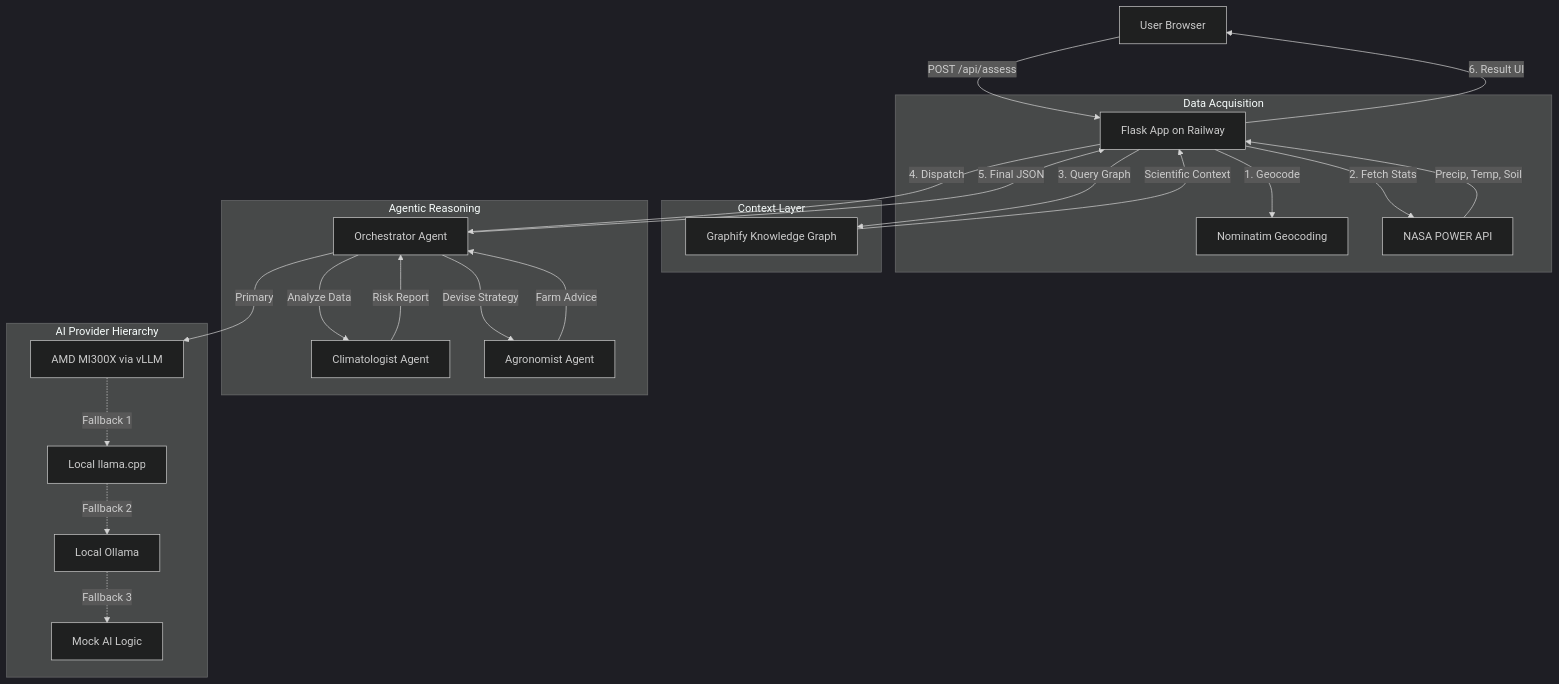
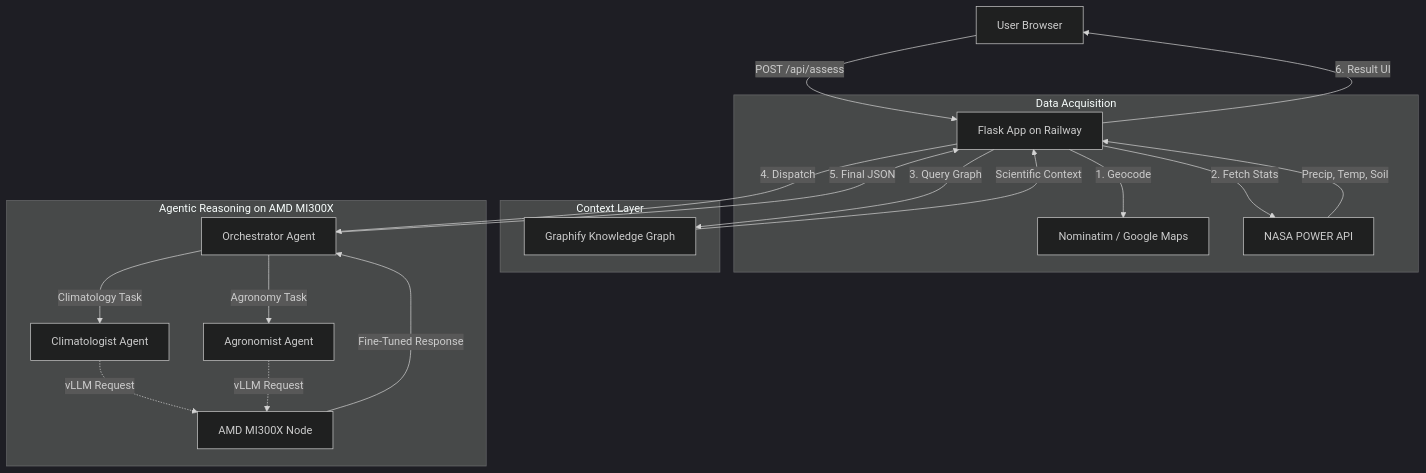
One commit to Ohiodawn/DroughtSense changed the diagram in README.md. Above: the diagram before and after it, drawn with Mermaid (dark theme). The commit also changed other lines of this file and 7 other files, not shown here.

````diff
--- a/README.md
+++ b/README.md
@@ -52,33 +49,27 @@
 ```mermaid
 graph TD
     User[User Browser] -->|POST /api/assess| Flask[Flask App on Railway]
     
     subgraph Data Acquisition
-        Flask -->|1. Geocode| Nominatim[Nominatim Geocoding]
+        Flask -->|1. Geocode| Nominatim[Nominatim / Google Maps]
         Flask -->|2. Fetch Stats| NASA[NASA POWER API]
         NASA -->|Precip, Temp, Soil| Flask
     end
     
     subgraph Context Layer
         Flask -->|3. Query Graph| Graphify[Graphify Knowledge Graph]
         Graphify -->|Scientific Context| Flask
     end
 
-    subgraph Agentic Reasoning
+    subgraph Agentic Reasoning on AMD MI300X
         Flask -->|4. Dispatch| Orchestrator[Orchestrator Agent]
-        Orchestrator -->|Analyze Data| Climatologist[Climatologist Agent]
-        Climatologist -->|Risk Report| Orchestrator
-        Orchestrator -->|Devise Strategy| Agronomist[Agronomist Agent]
-        Agronomist -->|Farm Advice| Orchestrator
-    end
-
-    subgraph AI Provider Hierarchy
-        Orchestrator -->|Primary| AMD[AMD MI300X via vLLM]
-        AMD -.->|Fallback 1| LlamaCPP[Local llama.cpp]
-        LlamaCPP -.->|Fallback 2| Ollama[Local Ollama]
-        Ollama -.->|Fallback 3| Mock[Mock AI Logic]
+        Orchestrator -->|Climatology Task| Climatologist[Climatologist Agent]
+        Orchestrator -->|Agronomy Task| Agronomist[Agronomist Agent]
+        Climatologist -.->|vLLM Request| MI300X[AMD MI300X Node]
+        Agronomist -.->|vLLM Request| MI300X
+        MI300X -->|Fine-Tuned Response| Orchestrator
     end
     
     Orchestrator -->|5. Final JSON| Flask
     Flask -->|6. Result UI| User
 ```
````
